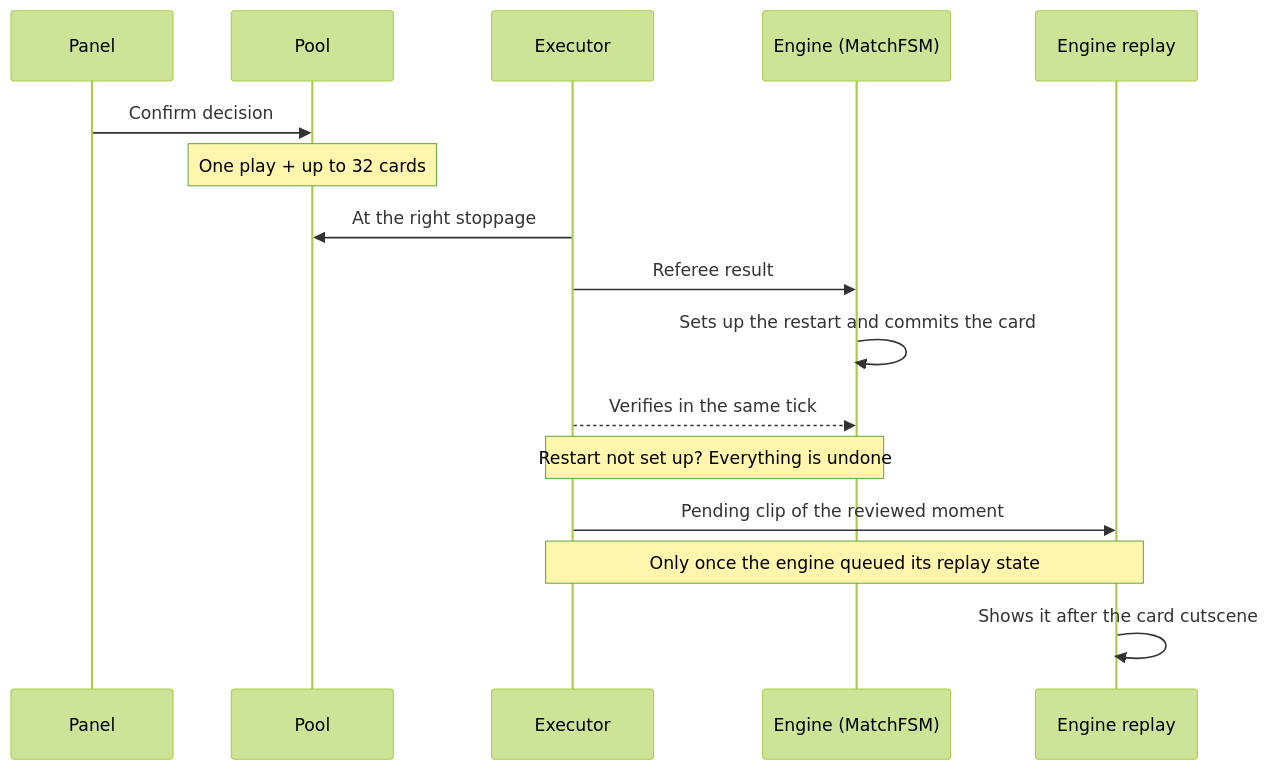
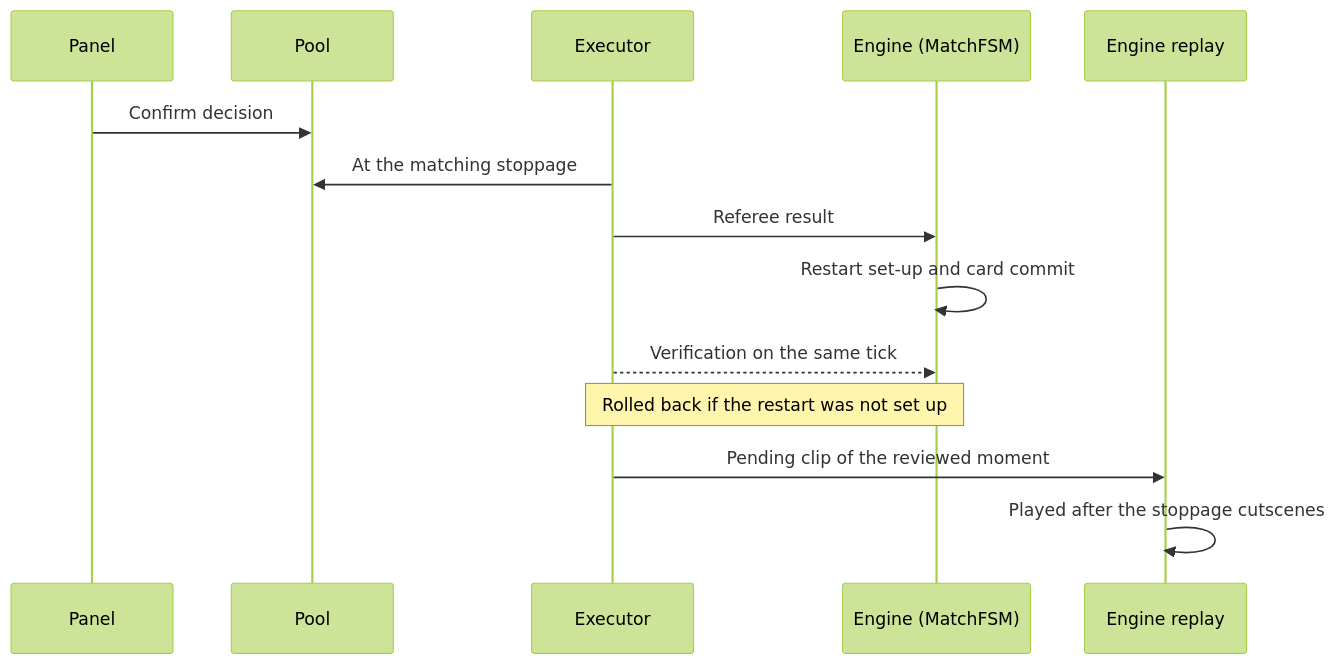
The second of 2 diagrams in README.md (Joao-Spala/pes21-var-mod), drawn with Mermaid (forest theme) before and after one commit. The commit also changed other lines of this file and 1 other file, not shown here.

````diff
--- a/README.md
+++ b/README.md
@@ -179,18 +183,16 @@
 ```mermaid
 sequenceDiagram
     participant P as Panel
     participant Pool as Pool
     participant X as Executor
     participant E as Engine (MatchFSM)
     participant R as Engine replay
     P->>Pool: Confirm decision
-    Note over Pool: One play + up to 32 cards
-    X->>Pool: At the right stoppage
+    X->>Pool: At the matching stoppage
     X->>E: Referee result
-    E->>E: Sets up the restart and commits the card
-    X-->>E: Verifies in the same tick
-    Note over X,E: Restart not set up? Everything is undone
+    E->>E: Restart set-up and card commit
+    X-->>E: Verification on the same tick
+    Note over X,E: Rolled back if the restart was not set up
     X->>R: Pending clip of the reviewed moment
-    Note over X,R: Only once the engine queued its replay state
-    R->>R: Shows it after the card cutscene
+    R->>R: Played after the stoppage cutscenes
 ```
````
